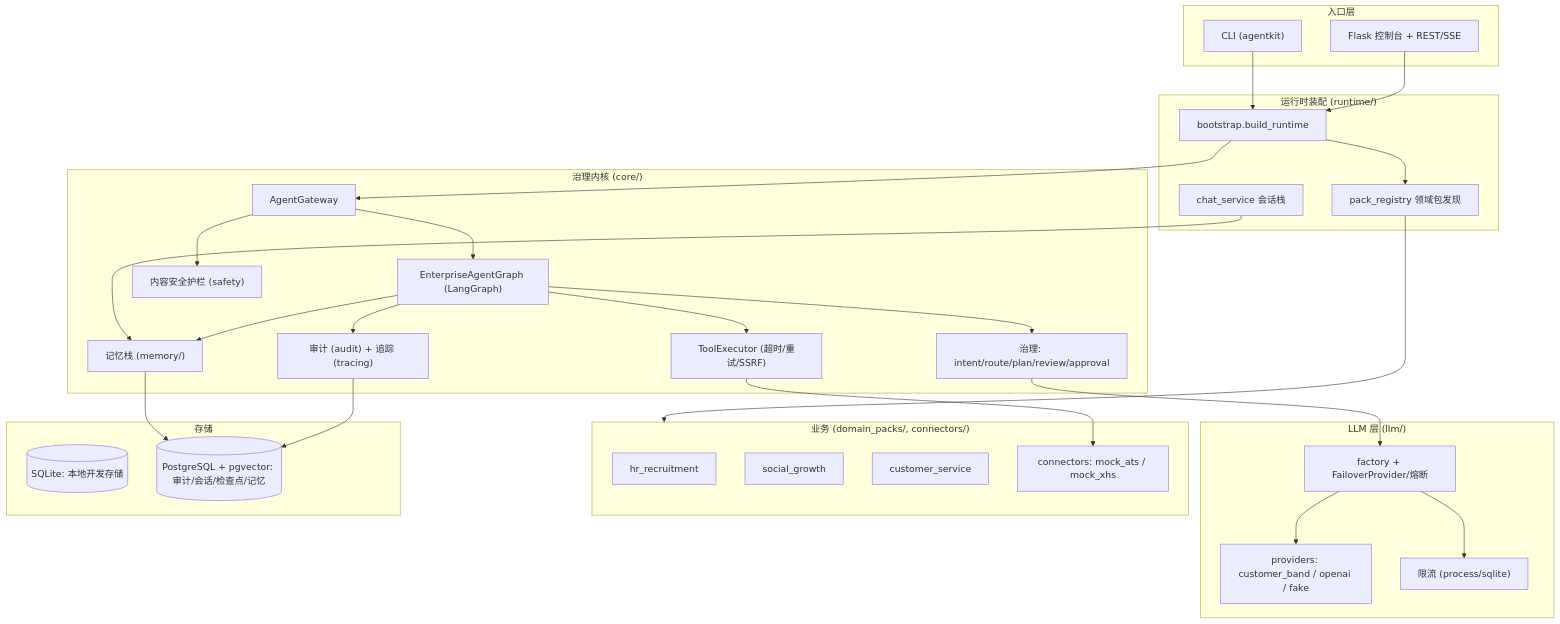
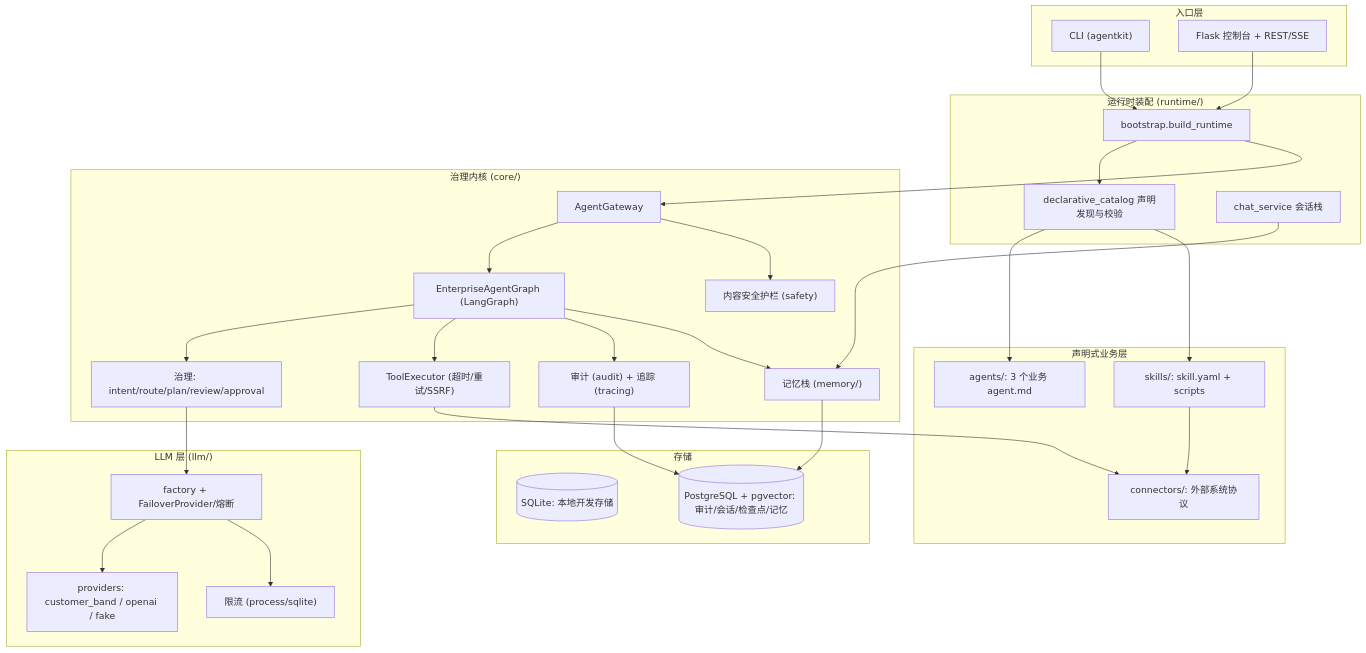
One commit to leo-cai-ai/agentkit changed the first of 4 diagrams in docs/ARCHITECTURE.md. Above: the diagram before and after it, drawn with Mermaid. The commit also changed other lines of this file and 1 other file, not shown here.

Commit message:
docs: align architecture with declarative agents

````diff
--- a/docs/ARCHITECTURE.md
+++ b/docs/ARCHITECTURE.md
@@ -22,53 +24,55 @@
 ```mermaid
 flowchart TB
   subgraph Entry["入口层"]
     CLI["CLI (agentkit)"]
     WEB["Flask 控制台 + REST/SSE"]
   end
 
   subgraph Runtime["运行时装配 (runtime/)"]
     BOOT["bootstrap.build_runtime"]
-    PACKS["pack_registry 领域包发现"]
+    CATALOG["declarative_catalog 声明发现与校验"]
     CHAT["chat_service 会话栈"]
   end
 
   subgraph Core["治理内核 (core/)"]
     GW["AgentGateway"]
     GRAPH["EnterpriseAgentGraph (LangGraph)"]
     GOV["治理: intent/route/plan/review/approval"]
     MEM["记忆栈 (memory/)"]
     SAFE["内容安全护栏 (safety)"]
     AUD["审计 (audit) + 追踪 (tracing)"]
     TOOLEX["ToolExecutor (超时/重试/SSRF)"]
   end
 
   subgraph LLM["LLM 层 (llm/)"]
     FACT["factory + FailoverProvider/熔断"]
     PROV["providers: customer_band / openai / fake"]
     RL["限流 (process/sqlite)"]
   end
 
-  subgraph Biz["业务 (domain_packs/, connectors/)"]
-    HR["hr_recruitment"]
-    SG["social_growth"]
-    CS["customer_service"]
-    CONN["connectors: mock_ats / mock_xhs"]
+  subgraph Biz["声明式业务层"]
+    AGENTS["agents/: 3 个业务 agent.md"]
+    SKILLS["skills/: skill.yaml + scripts"]
+    CONN["connectors/: 外部系统协议"]
   end
 
   subgraph Store["存储"]
     SQLITE[("SQLite: 本地开发存储")]
     PG[("PostgreSQL + pgvector: 审计/会话/检查点/记忆")]
   end
 
   CLI --> BOOT
   WEB --> BOOT
-  BOOT --> PACKS --> Biz
+  BOOT --> CATALOG
+  CATALOG --> AGENTS
+  CATALOG --> SKILLS
+  SKILLS --> CONN
   BOOT --> GW --> GRAPH --> GOV
   GRAPH --> TOOLEX --> CONN
   GOV --> FACT --> PROV
   FACT --> RL
   CHAT --> MEM --> PG
   GW --> SAFE
   GRAPH --> AUD --> PG
   GRAPH --> MEM
 ```
````
